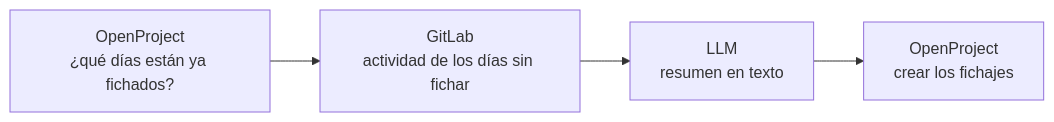
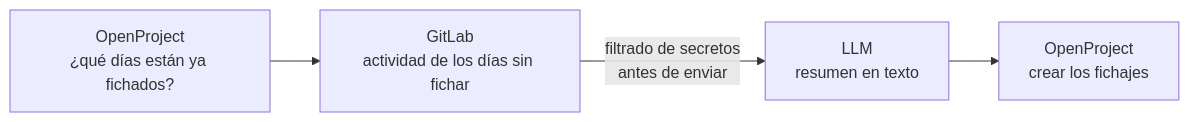
Before and after one commit to rubensr91/fichaje-openproject: the diagram in README.md, drawn with Mermaid. The commit also changed other lines of this file and 2 other files, not shown here.

Commit message:
docs: highlight secret filtering before sending GitLab activity to the LLM

````diff
--- a/README.md
+++ b/README.md
@@ -16,6 +16,6 @@
 ```mermaid
 flowchart LR
     A["OpenProject<br/>¿qué días están ya fichados?"] --> B["GitLab<br/>actividad de los días sin fichar"]
-    B --> C["LLM<br/>resumen en texto"]
+    B -- "filtrado de secretos<br/>antes de enviar" --> C["LLM<br/>resumen en texto"]
     C --> D["OpenProject<br/>crear los fichajes"]
 ```
````
